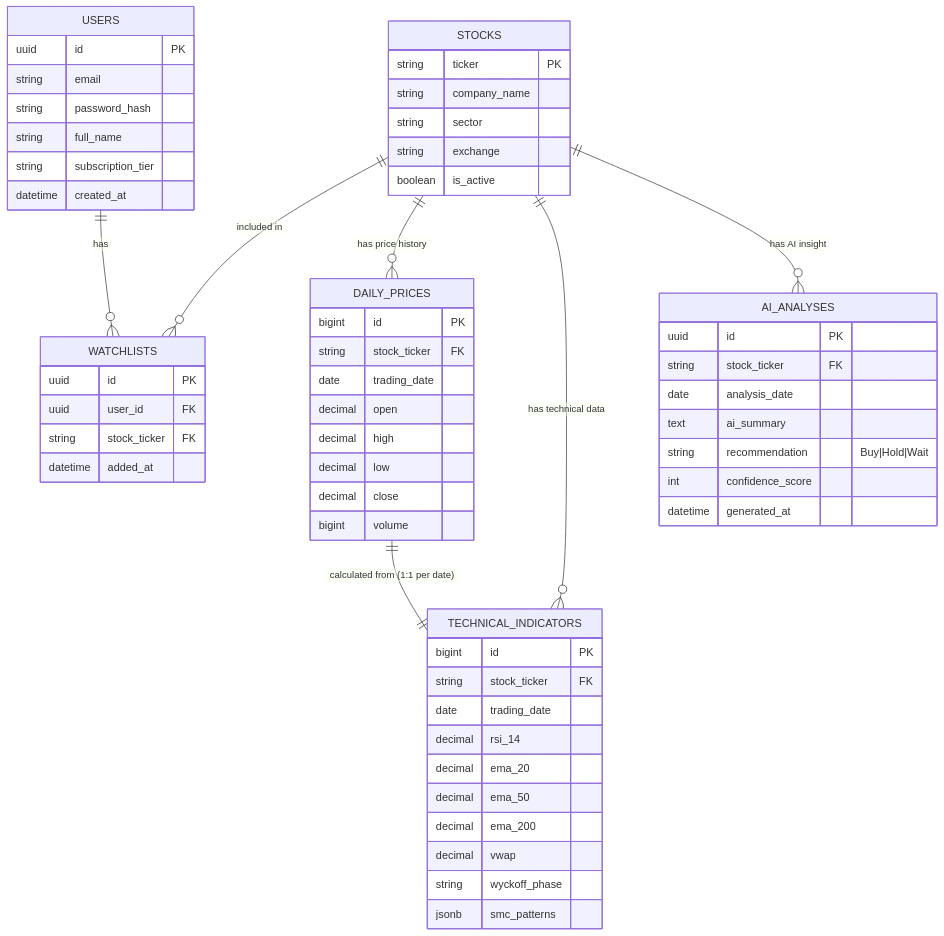
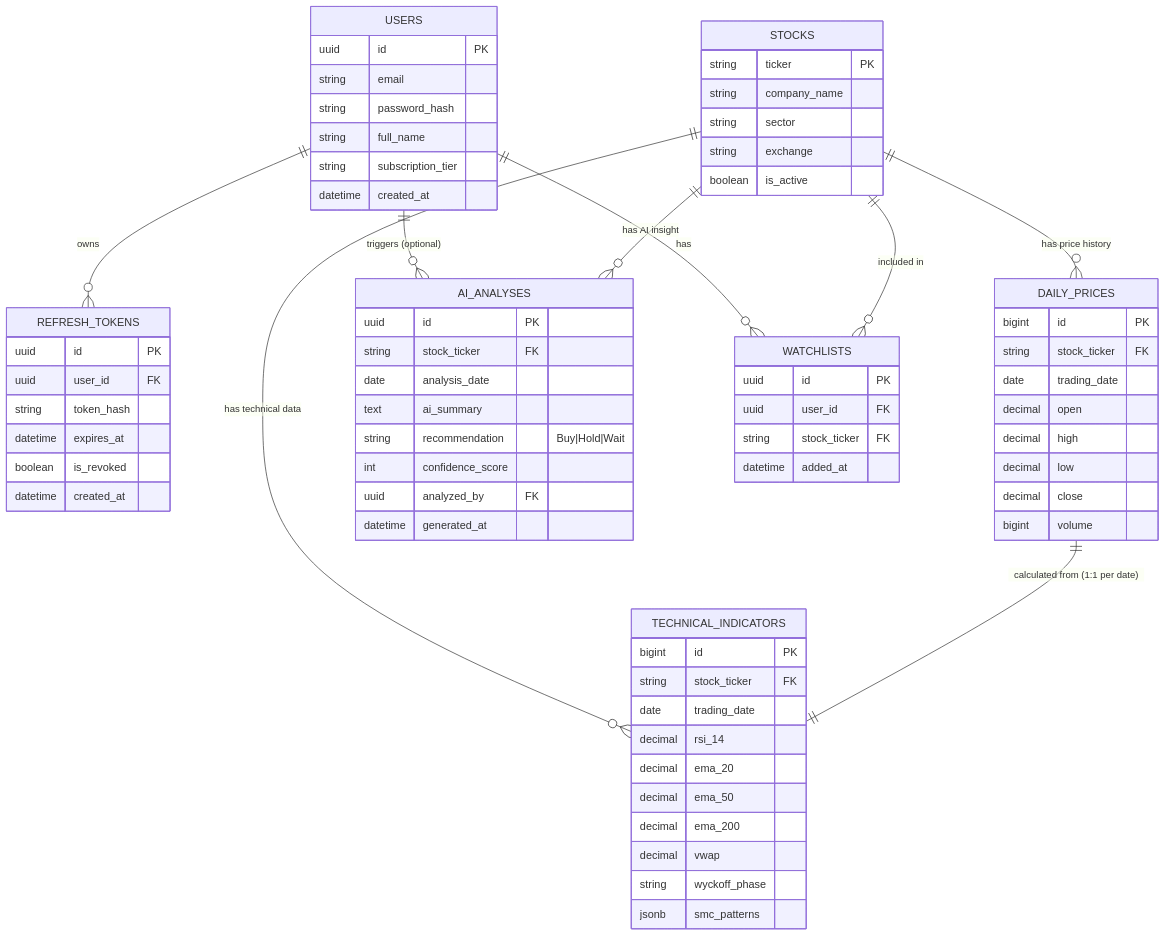
Before and after one commit to harihandika/ai-stock-analyzer: the diagram in ai_stock_analyzer/docs/database_design.md, drawn with Mermaid. The commit also changed 2 other files, not shown here.

Commit message:
docs: update database design, deployment guide, and sprint plan to reflect sprint 1-10 completion

````diff
--- a/ai_stock_analyzer/docs/database_design.md
+++ b/ai_stock_analyzer/docs/database_design.md
@@ -11,69 +11,81 @@
 ```mermaid
 erDiagram
     USERS {
         uuid id PK
         string email
         string password_hash
         string full_name
         string subscription_tier
+        datetime created_at
+    }
+
+    REFRESH_TOKENS {
+        uuid id PK
+        uuid user_id FK
+        string token_hash
+        datetime expires_at
+        boolean is_revoked
         datetime created_at
     }
 
     STOCKS {
         string ticker PK
         string company_name
         string sector
         string exchange
         boolean is_active
     }
 
     DAILY_PRICES {
         bigint id PK
         string stock_ticker FK
         date trading_date
         decimal open
         decimal high
         decimal low
         decimal close
         bigint volume
     }
 
     TECHNICAL_INDICATORS {
         bigint id PK
         string stock_ticker FK
         date trading_date
         decimal rsi_14
         decimal ema_20
         decimal ema_50
         decimal ema_200
         decimal vwap
         string wyckoff_phase
         jsonb smc_patterns
     }
 
     AI_ANALYSES {
         uuid id PK
         string stock_ticker FK
         date analysis_date
         text ai_summary
         string recommendation "Buy|Hold|Wait"
         int confidence_score
+        uuid analyzed_by FK
         datetime generated_at
     }
 
     WATCHLISTS {
         uuid id PK
         uuid user_id FK
         string stock_ticker FK
         datetime added_at
     }
 
+    USERS ||--o{ REFRESH_TOKENS : "owns"
     USERS ||--o{ WATCHLISTS : "has"
+    USERS ||--o{ AI_ANALYSES : "triggers (optional)"
     STOCKS ||--o{ WATCHLISTS : "included in"
     STOCKS ||--o{ DAILY_PRICES : "has price history"
     STOCKS ||--o{ TECHNICAL_INDICATORS : "has technical data"
     STOCKS ||--o{ AI_ANALYSES : "has AI insight"
     
     %% Implicit relation constraint for time-series:
     DAILY_PRICES ||--|| TECHNICAL_INDICATORS : "calculated from (1:1 per date)"
 ```
````
